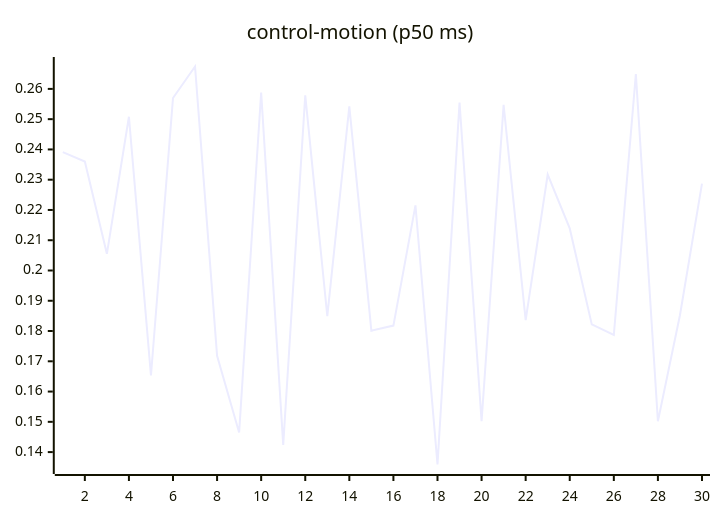
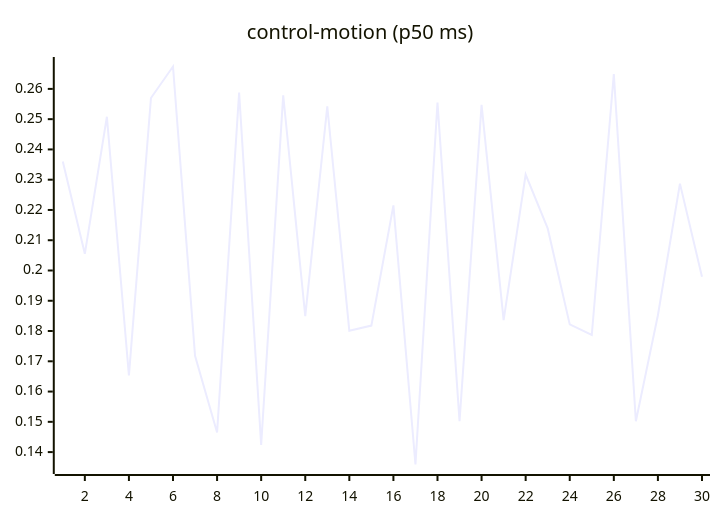
The seventh of 27 diagrams in README.md (josha/Facet), drawn with Mermaid before and after one commit. The commit also changed other lines of this file and 2 other files, not shown here.

````diff
--- a/README.md
+++ b/README.md
@@ -105,6 +105,6 @@
 ```mermaid
 xychart-beta
     title "control-motion (p50 ms)"
     x-axis 1 --> 30
-    line [0.2391, 0.2360, 0.2055, 0.2508, 0.1653, 0.2570, 0.2674, 0.1718, 0.1465, 0.2588, 0.1424, 0.2579, 0.1849, 0.2542, 0.1801, 0.1818, 0.2215, 0.1359, 0.2555, 0.1502, 0.2547, 0.1836, 0.2317, 0.2139, 0.1822, 0.1787, 0.2649, 0.1502, 0.1852, 0.2287]
+    line [0.2360, 0.2055, 0.2508, 0.1653, 0.2570, 0.2674, 0.1718, 0.1465, 0.2588, 0.1424, 0.2579, 0.1849, 0.2542, 0.1801, 0.1818, 0.2215, 0.1359, 0.2555, 0.1502, 0.2547, 0.1836, 0.2317, 0.2139, 0.1822, 0.1787, 0.2649, 0.1502, 0.1852, 0.2287, 0.1979]
 ```
````
